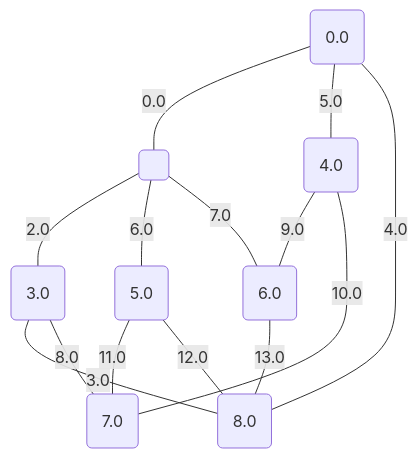
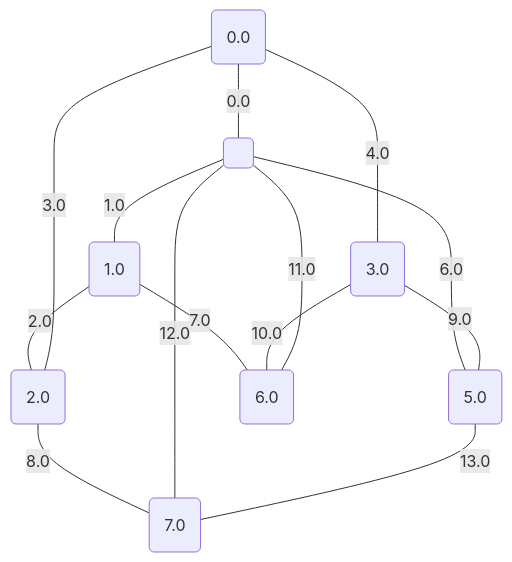
The fifth of 17 diagrams in project/src/testing/showcase/minCutPetersen.md (metury/graphs), drawn with Mermaid before and after one commit. The commit also changed other lines of this file and 34 other files, not shown here.

````diff
--- a/project/src/testing/showcase/minCutPetersen.md
+++ b/project/src/testing/showcase/minCutPetersen.md
@@ -135,24 +135,24 @@
 ```mermaid
 graph TD;
 	0("0.0");
-	1("3.0");
-	2("4.0");
-	3("5.0");
-	4("6.0");
-	5("7.0");
-	6("8.0");
+	1("1.0");
+	2("2.0");
+	3("3.0");
+	4("5.0");
+	5("6.0");
+	6("7.0");
 	7(" ");
 	0 -- "0.0" --- 7;
-	7 -- "2.0" --- 1;
-	1 -- "3.0" --- 6;
-	6 -- "4.0" --- 0;
-	0 -- "5.0" --- 2;
-	7 -- "6.0" --- 3;
-	7 -- "7.0" --- 4;
-	1 -- "8.0" --- 5;
-	2 -- "9.0" --- 4;
-	2 -- "10.0" --- 5;
-	3 -- "11.0" --- 5;
-	3 -- "12.0" --- 6;
+	7 -- "1.0" --- 1;
+	1 -- "2.0" --- 2;
+	2 -- "3.0" --- 0;
+	0 -- "4.0" --- 3;
+	7 -- "6.0" --- 4;
+	1 -- "7.0" --- 5;
+	2 -- "8.0" --- 6;
+	3 -- "9.0" --- 4;
+	3 -- "10.0" --- 5;
+	7 -- "11.0" --- 5;
+	7 -- "12.0" --- 6;
 	4 -- "13.0" --- 6;
 ```
````
